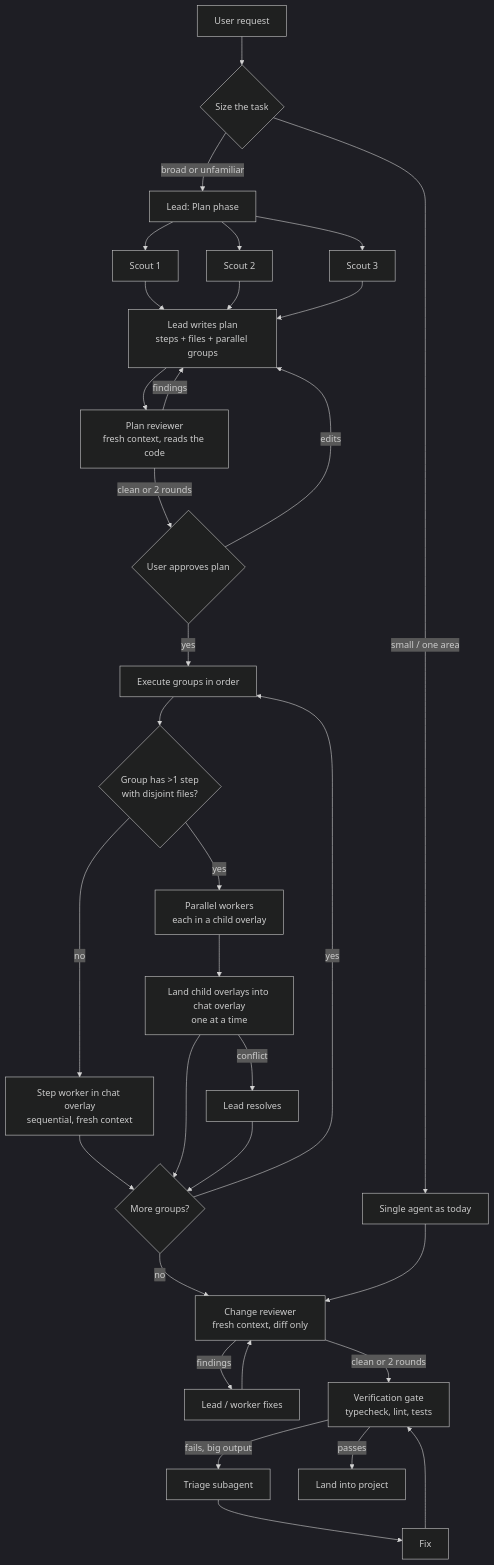
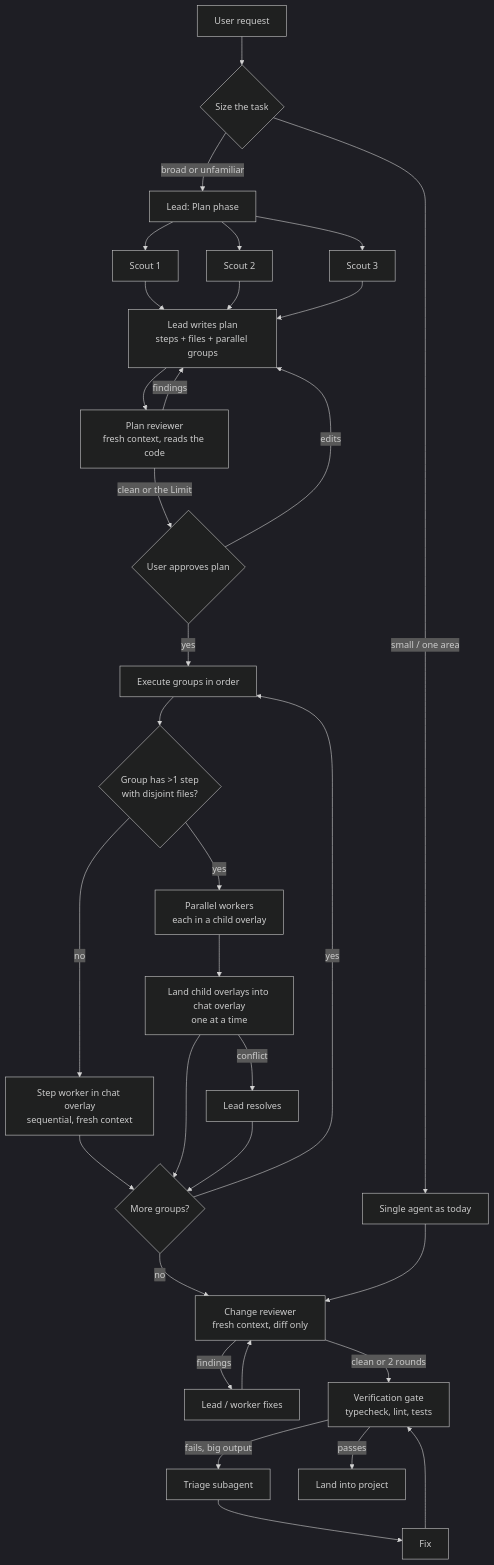
Before and after one commit to piliugin-anton/rovik-ide: the diagram in docs/design/subagents.md, drawn with Mermaid (dark theme). The commit also changed other lines of this file and 10 other files, not shown here.

````diff
--- a/docs/design/subagents.md
+++ b/docs/design/subagents.md
@@ -257,31 +258,31 @@
 ```mermaid
 flowchart TD
     U[User request] --> R{Size the task}
     R -- small / one area --> SA[Single agent as today]
     R -- broad or unfamiliar --> P[Lead: Plan phase]
 
     P --> S1[Scout 1]
     P --> S2[Scout 2]
     P --> S3[Scout 3]
     S1 & S2 & S3 --> PL[Lead writes plan<br/>steps + files + parallel groups]
     PL --> PR[Plan reviewer<br/>fresh context, reads the code]
     PR -- findings --> PL
-    PR -- clean or 2 rounds --> AP{User approves plan}
+    PR -- clean or the Limit --> AP{User approves plan}
     AP -- edits --> PL
     AP -- yes --> EX[Execute groups in order]
 
     EX --> G{Group has >1 step<br/>with disjoint files?}
     G -- no --> W1[Step worker in chat overlay<br/>sequential, fresh context]
     G -- yes --> WP[Parallel workers<br/>each in a child overlay]
     WP --> M[Land child overlays into chat overlay<br/>one at a time]
     M -- conflict --> LC[Lead resolves]
     W1 & M & LC --> NX{More groups?}
     NX -- yes --> EX
     NX -- no --> RV[Change reviewer<br/>fresh context, diff only]
 
     SA --> RV
     RV -- findings --> FX[Lead / worker fixes] --> RV
     RV -- clean or 2 rounds --> VG[Verification gate<br/>typecheck, lint, tests]
     VG -- fails, big output --> TR[Triage subagent] --> FX2[Fix] --> VG
     VG -- passes --> L[Land into project]
 ```
````
